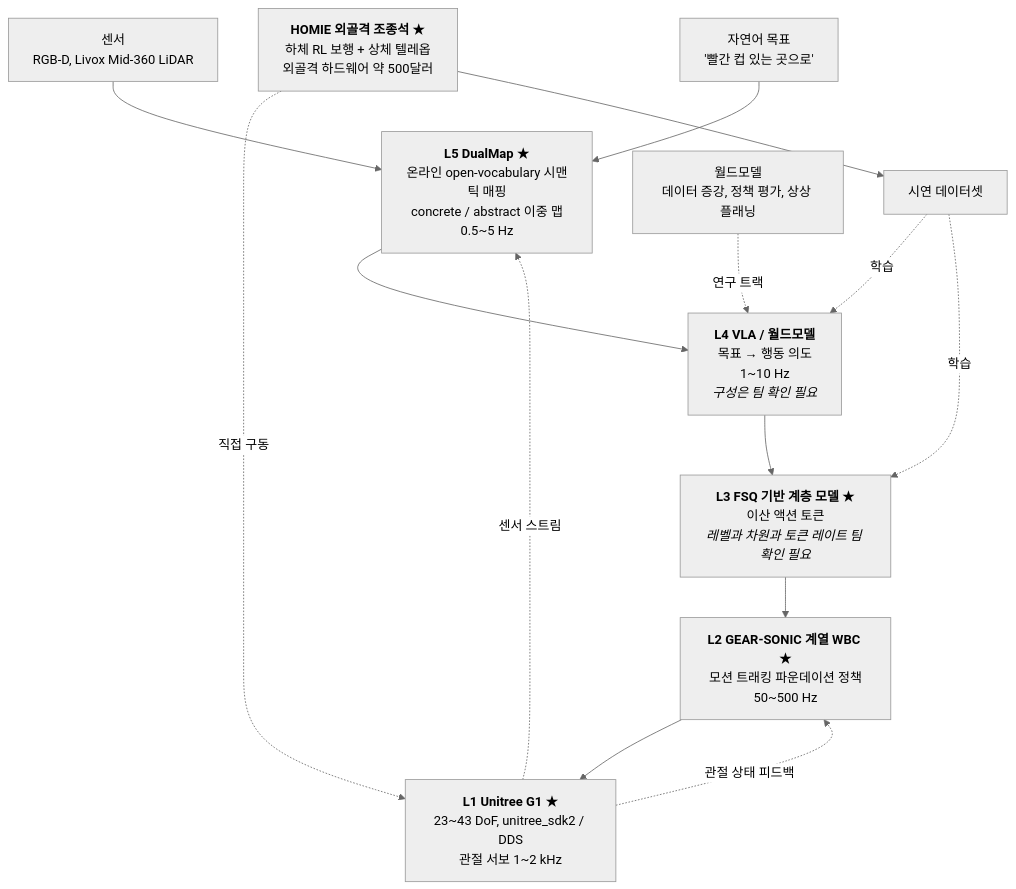
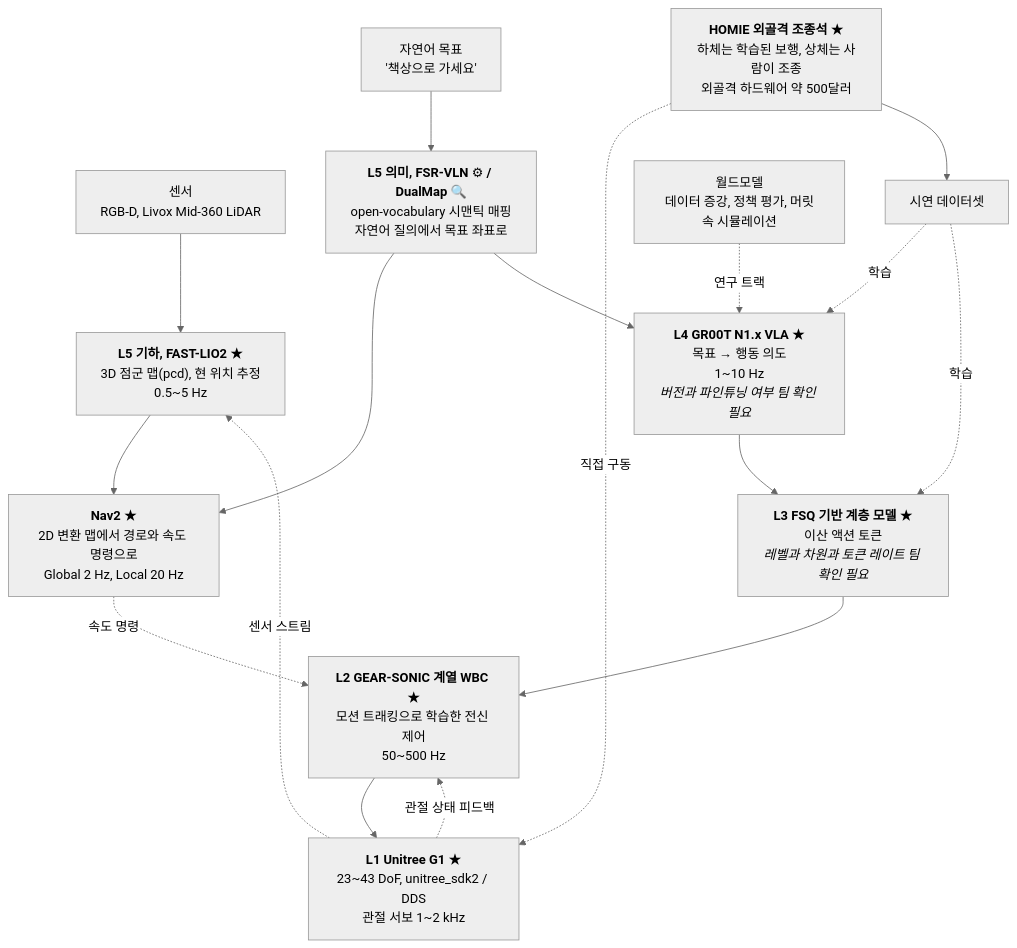
The third of 4 diagrams in course/w1-generative-core/01-physical-ai-landscape/lesson.md (sguys99/physical-ai-study), drawn with Mermaid (neutral theme) before and after one commit. The commit also changed other lines of this file and 35 other files, not shown here.

First line of the commit message:
:sparkles: W1-M1에 회사 내비 스택(FAST-LIO2, Nav2, FSR-VLN)과 GR00T 반영

````diff
--- a/course/w1-generative-core/01-physical-ai-landscape/lesson.md
+++ b/course/w1-generative-core/01-physical-ai-landscape/lesson.md
@@ -551,18 +551,24 @@
 ```mermaid
 flowchart TB
-    SENS["센서<br/>RGB-D, Livox Mid-360 LiDAR"] --> L5
-    GOAL["자연어 목표<br/>'빨간 컵 있는 곳으로'"] --> L5
-    L5["<b>L5 DualMap</b> ★<br/>온라인 open-vocabulary 시맨틱 매핑<br/>concrete / abstract 이중 맵<br/>0.5~5 Hz"]
-    L5 --> L4["<b>L4 VLA / 월드모델</b><br/>목표 → 행동 의도<br/>1~10 Hz<br/><i>구성은 팀 확인 필요</i>"]
+    SENS["센서<br/>RGB-D, Livox Mid-360 LiDAR"] --> GEO
+    GOAL["자연어 목표<br/>'책상으로 가세요'"] --> SEM
+    GEO["<b>L5 기하, FAST-LIO2</b> ★<br/>3D 점군 맵(pcd), 현 위치 추정<br/>0.5~5 Hz"]
+    SEM["<b>L5 의미, FSR-VLN</b> ⚙ <b>/ DualMap</b> 🔍<br/>open-vocabulary 시맨틱 매핑<br/>자연어 질의에서 목표 좌표로"]
+    GEO --> NAV
+    SEM --> NAV
+    SEM --> L4
+    NAV["<b>Nav2</b> ★<br/>2D 변환 맵에서 경로와 속도 명령으로<br/>Global 2 Hz, Local 20 Hz"]
+    L4["<b>L4 GR00T N1.x VLA</b> ★<br/>목표 → 행동 의도<br/>1~10 Hz<br/><i>버전과 파인튜닝 여부 팀 확인 필요</i>"]
     L4 --> L3["<b>L3 FSQ 기반 계층 모델</b> ★<br/>이산 액션 토큰<br/><i>레벨과 차원과 토큰 레이트 팀 확인 필요</i>"]
-    L3 --> L2["<b>L2 GEAR-SONIC 계열 WBC</b> ★<br/>모션 트래킹 파운데이션 정책<br/>50~500 Hz"]
+    L3 --> L2["<b>L2 GEAR-SONIC 계열 WBC</b> ★<br/>모션 트래킹으로 학습한 전신 제어<br/>50~500 Hz"]
+    NAV -. 속도 명령 .-> L2
     L2 --> L1["<b>L1 Unitree G1</b> ★<br/>23~43 DoF, unitree_sdk2 / DDS<br/>관절 서보 1~2 kHz"]
     L1 -. 관절 상태 피드백 .-> L2
-    L1 -. 센서 스트림 .-> L5
+    L1 -. 센서 스트림 .-> GEO
 
-    HOMIE["<b>HOMIE 외골격 조종석</b> ★<br/>하체 RL 보행 + 상체 텔레옵<br/>외골격 하드웨어 약 500달러"] -. 직접 구동 .-> L1
+    HOMIE["<b>HOMIE 외골격 조종석</b> ★<br/>하체는 학습된 보행, 상체는 사람이 조종<br/>외골격 하드웨어 약 500달러"] -. 직접 구동 .-> L1
     HOMIE --> DATA["시연 데이터셋"]
     DATA -. 학습 .-> L4
     DATA -. 학습 .-> L3
-    WM["월드모델<br/>데이터 증강, 정책 평가, 상상 플래닝"] -. 연구 트랙 .-> L4
+    WM["월드모델<br/>데이터 증강, 정책 평가, 머릿속 시뮬레이션"] -. 연구 트랙 .-> L4
 ```
````
